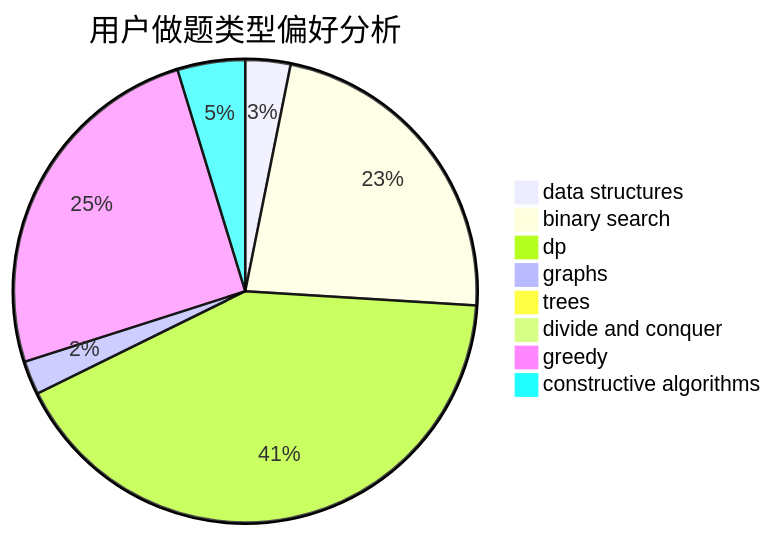
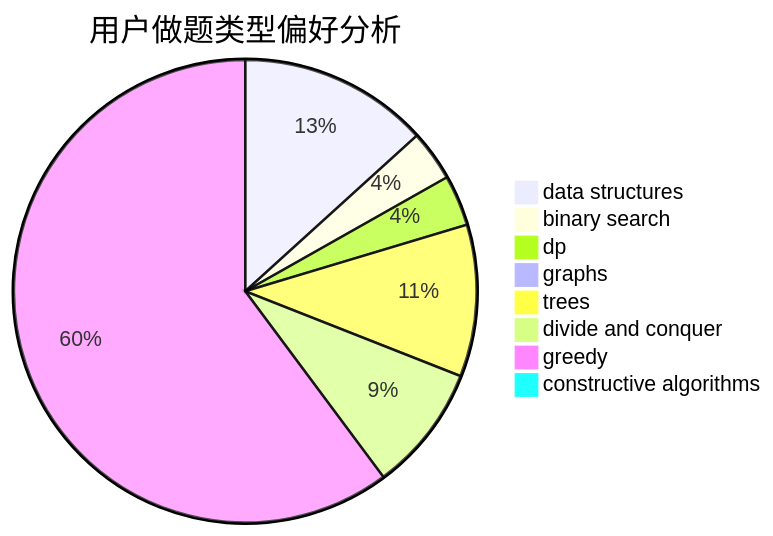
One commit to sherpahu/cfrs.github.io changed the second of 3 diagrams in docs/user/u2326.md. Above: the diagram before and after it, drawn with Mermaid. The commit also changed other lines of this file and 2770 other files, not shown here.

````diff
--- a/docs/user/u2326.md
+++ b/docs/user/u2326.md
@@ -23,11 +23,11 @@
 ```mermaid
 pie title 用户做题类型偏好分析
-    "data structures" :  4
-    "binary search" :  29
-    "dp" :  53
-    "graphs" :  3
-    "trees" :  1
-    "divide and conquer" :  0
-    "greedy" :  32
-    "constructive algorithms" :  6
+    "data structures" :  15
+    "binary search" :  4
+    "dp" :  4
+    "graphs" :  0
+    "trees" :  12
+    "divide and conquer" :  10
+    "greedy" :  68
+    "constructive algorithms" :  0
 ```
````
